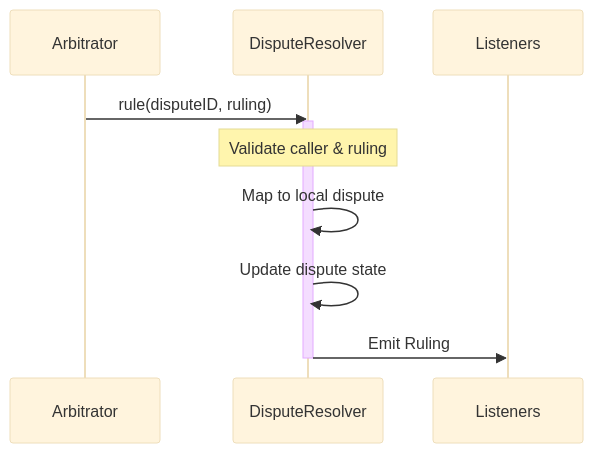
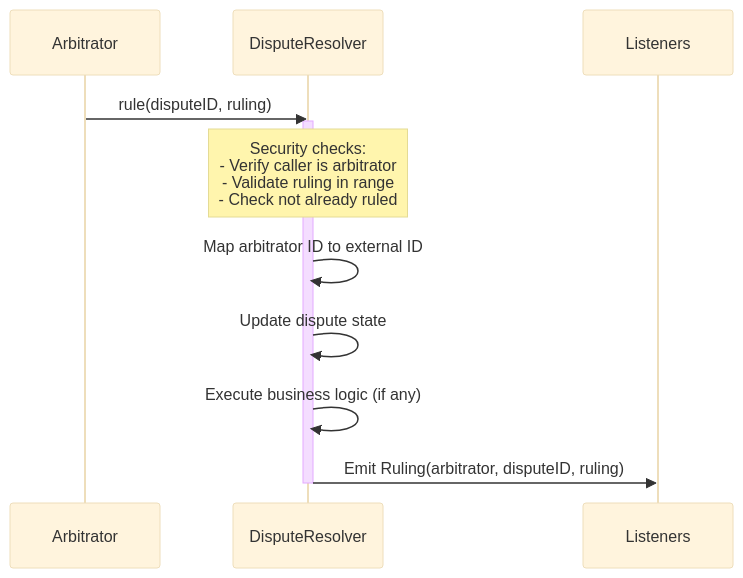
Before and after one commit to kleros/kleros-v2: the second of 2 diagrams in contracts/specifications/arbitrable.md, drawn with Mermaid (base theme). The commit also changed other lines of this file and 11 other files, not shown here.

````diff
--- a/contracts/specifications/arbitrable.md
+++ b/contracts/specifications/arbitrable.md
@@ -237,14 +227,19 @@
 ```mermaid
 sequenceDiagram
-    participant Arbitrator
+    participant KlerosCore as Arbitrator
     participant DisputeResolver
     participant Listeners
 
-    Arbitrator->>DisputeResolver: rule(disputeID, ruling)
+    KlerosCore->>DisputeResolver: rule(disputeID, ruling)
     activate DisputeResolver
-    Note over DisputeResolver: Validate caller & ruling
-    DisputeResolver->>DisputeResolver: Map to local dispute
+    
+    Note over DisputeResolver: Security checks:<br/>- Verify caller is arbitrator<br/>- Validate ruling in range<br/>- Check not already ruled
+    
+    DisputeResolver->>DisputeResolver: Map arbitrator ID to external ID
     DisputeResolver->>DisputeResolver: Update dispute state
-    DisputeResolver->>Listeners: Emit Ruling
+    DisputeResolver->>DisputeResolver: Execute business logic (if any)
+    
+    DisputeResolver->>Listeners: Emit Ruling(arbitrator, disputeID, ruling)
+    
     deactivate DisputeResolver
 ```
````
